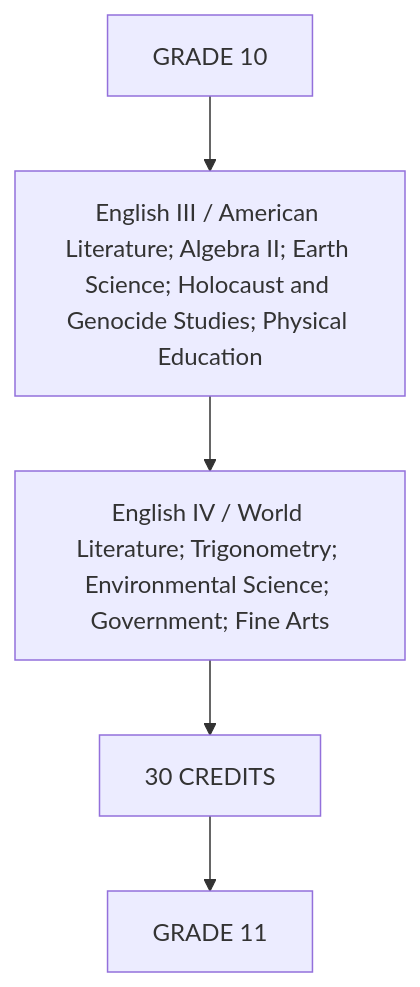
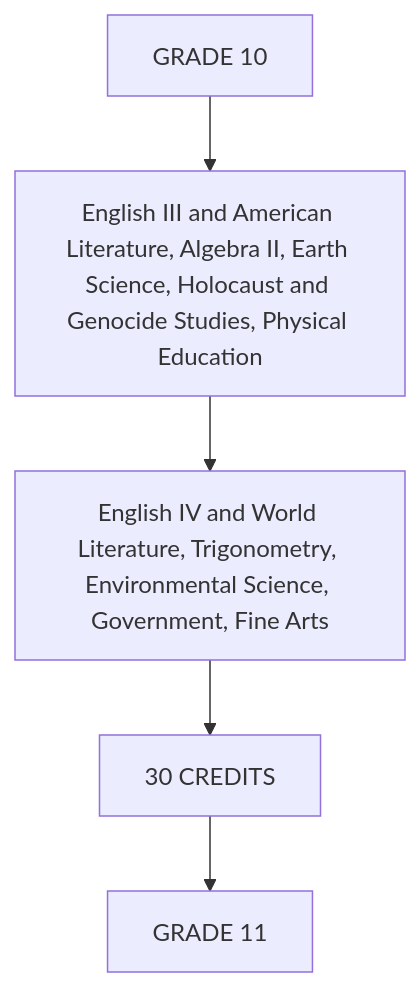
The fifth of 29 diagrams in RIAH-PATHWAY-CURRICULUM-STRUCTURE/RIAH-PATHWAY-HIGH-SCHOOL-STRUCTURE/HIGH-SCHOOL-STRUCTURE.md (RIAHPathway/Website-Draft), drawn with Mermaid before and after one commit. The commit also changed other lines of this file, not shown here.

Commit message:
Repair High School Mermaid rendering compatibility

````diff
--- a/RIAH-PATHWAY-CURRICULUM-STRUCTURE/RIAH-PATHWAY-HIGH-SCHOOL-STRUCTURE/HIGH-SCHOOL-STRUCTURE.md
+++ b/RIAH-PATHWAY-CURRICULUM-STRUCTURE/RIAH-PATHWAY-HIGH-SCHOOL-STRUCTURE/HIGH-SCHOOL-STRUCTURE.md
@@ -431,12 +431,12 @@
 ```mermaid
-flowchart TD
+graph TD
     N0["GRADE 10"]
-    N1["English III / American Literature; Algebra II; Earth Science; Holocaust and Genocide Studies; Physical Education"]
-    N2["English IV / World Literature; Trigonometry; Environmental Science; Government; Fine Arts"]
+    N1["English III and American Literature, Algebra II, Earth Science, Holocaust and Genocide Studies, Physical Education"]
+    N2["English IV and World Literature, Trigonometry, Environmental Science, Government, Fine Arts"]
     N3["30 CREDITS"]
     N4["GRADE 11"]
     N0 --> N1
     N1 --> N2
     N2 --> N3
     N3 --> N4
 ```
````
